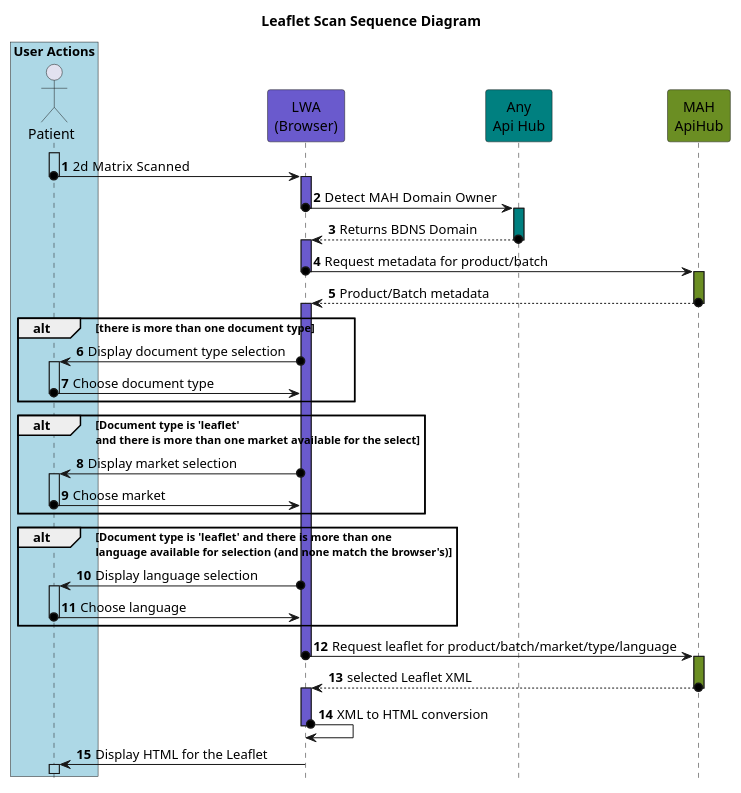
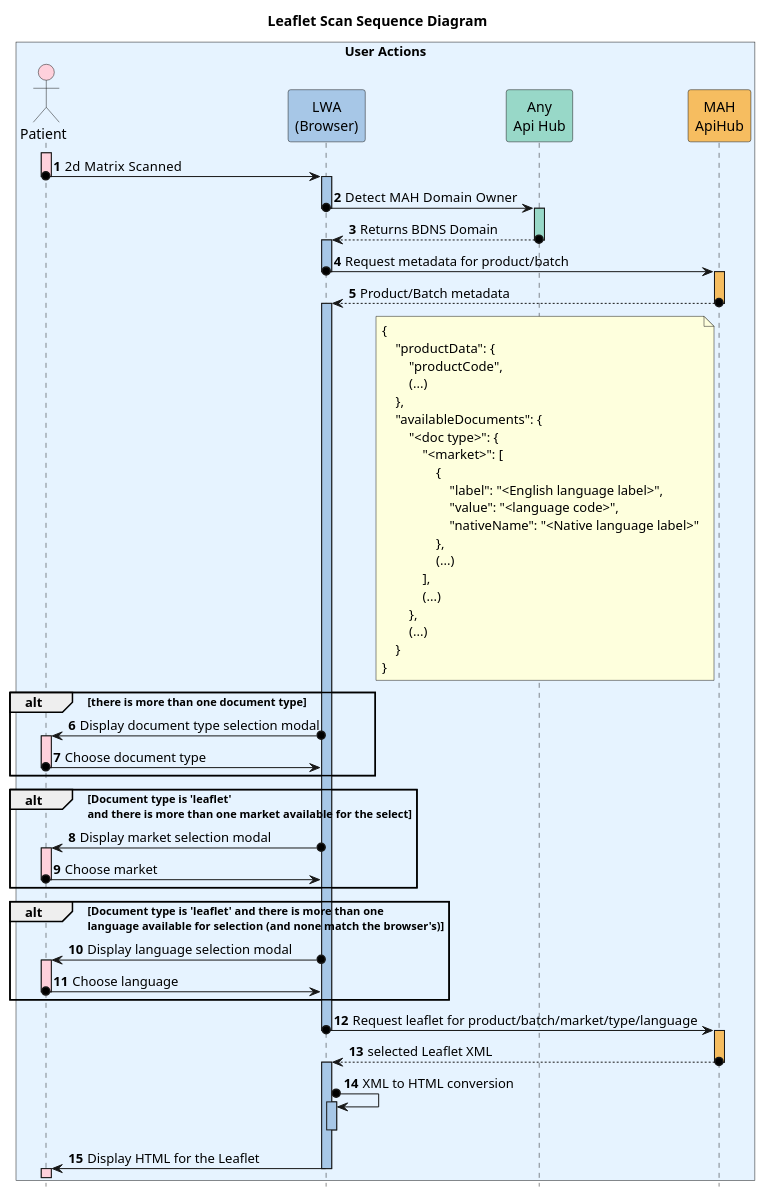
One commit to pharmaledgerassoc/LWA changed the diagram in workdocs/uml/Scan_sequence_diagram.puml. Above: the diagram before and after it, drawn with PlantUML. The commit also changed 3 other files, not shown here.

Commit message:
LWA-226 - includes pdf generation in the translation automation

```diff
--- a/workdocs/uml/Scan_sequence_diagram.puml
+++ b/workdocs/uml/Scan_sequence_diagram.puml
@@ -1,80 +1,97 @@
 @startuml
 hide footbox
 autonumber
 hide unlinked
 
-box "User Actions" #LightBlue
-actor Patient as p
-end box
+box "User Actions" #E6F3FF
+actor Patient as p #FFD1DC
 
-participant "LWA\n(Browser)" as l #slateblue
+participant "LWA\n(Browser)" as l #A7C7E7
 
-participant "Any\nApi Hub" as a #teal
-participant "MAH\nApiHub" as b #olivedrab
+participant "Any\nApi Hub" as a #98D8C8
+participant "MAH\nApiHub" as b #F6BD60
 
 title Leaflet Scan Sequence Diagram
 
-note right
-    includes:
-    - credentials
-    - token name
-    - token description
-    - source endpoint
-end note
-
-activate p #LightBlue
+activate p #FFD1DC
 p o-> l: 2d Matrix  Scanned
 deactivate p
 
-activate l #slateblue
+activate l #A7C7E7
 l o-> a : Detect MAH  Domain Owner
 deactivate  l
 
-activate a #teal
+activate a #98D8C8
 return Returns BDNS Domain
 deactivate a
 
-activate l #slateblue
+activate l #A7C7E7
 l o-> b : Request metadata for product/batch
 deactivate l
 
-activate b #olivedrab
+activate b #F6BD60
 return Product/Batch metadata
+note left of b
+{
+    "productData": {
+        "productCode",
+        (...)
+    },
+    "availableDocuments": {
+        "<doc type>": {
+            "<market>": [
+                {
+                    "label": "<English language label>",
+                    "value": "<language code>",
+                    "nativeName": "<Native language label>"
+                },
+                (...)
+            ],
+            (...)
+        },
+        (...)
+    }
+}
+end note
 deactivate b
 
-activate l #slateblue
+activate l #A7C7E7
 
 alt there is more than one document type
-l o-> p #LightBlue: Display document type selection
-activate p #LightBlue
-p o-> l #slateblue: Choose document type
+l o-> p #FFD1DC: Display document type selection modal
+activate p #FFD1DC
+p o-> l #A7C7E7: Choose document type
 deactivate p
 end
 
 alt Document type is 'leaflet'\nand there is more than one market available for the select
-l o-> p #LightBlue: Display market selection
-activate p #LightBlue
-p o-> l #slateblue: Choose market
+l o-> p #FFD1DC: Display market selection modal
+activate p #FFD1DC
+p o-> l #A7C7E7: Choose market
 deactivate p
 end
 
 alt Document type is 'leaflet' and there is more than one\nlanguage available for selection (and none match the browser's)
-l o-> p #LightBlue: Display language selection
-activate p #LightBlue
-p o-> l #slateblue: Choose language
+l o-> p #FFD1DC: Display language selection modal
+activate p #FFD1DC
+p o-> l #A7C7E7: Choose language
 deactivate p
 end
-l o-> b #olivedrab: Request leaflet for product/batch/market/type/language
+l o-> b #F6BD60: Request leaflet for product/batch/market/type/language
 deactivate l
 
-activate b #olivedrab
+activate b #F6BD60
 return selected Leaflet XML
 deactivate b
 
-activate l #slateblue
-l o-> l #slateblue: XML to HTML conversion
+activate l #A7C7E7
+
+l o-> l #A7C7E7: XML to HTML conversion
+activate l #A7C7E7
 deactivate l
-l -> p #LightBlue: Display HTML for the Leaflet
-activate p #LightBlue
+l -> p #FFD1DC: Display HTML for the Leaflet
+deactivate l
+activate p #FFD1DC
+end box
 
 @enduml
```
